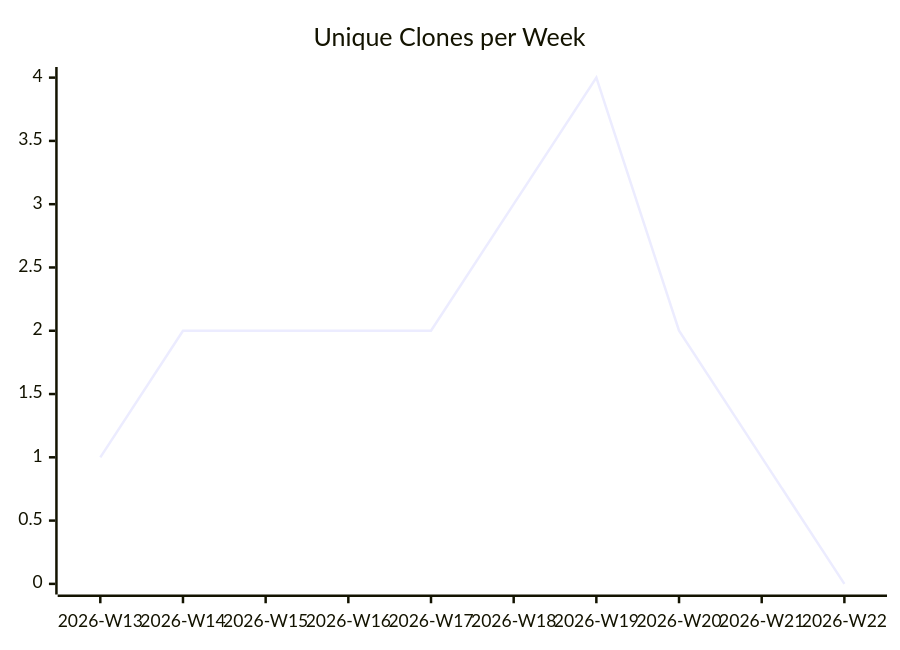
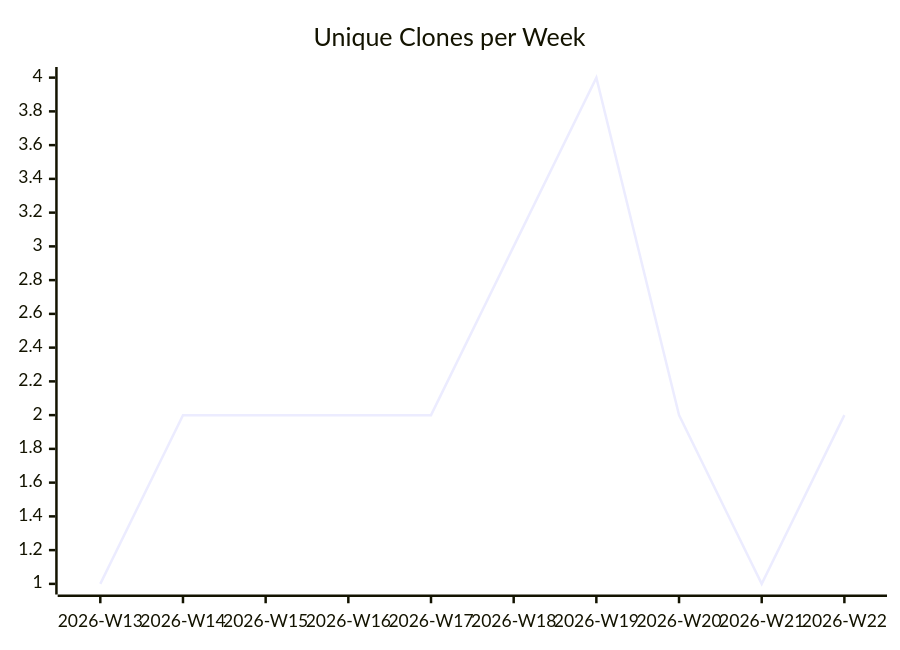
One commit to justdavis-family/github-analytics-data changed the third of 3 diagrams in karlmdavis/hello-rust-actix/README.md. Above: the diagram before and after it, drawn with Mermaid. The commit also changed other lines of this file and 190 other files, not shown here.

````diff
--- a/karlmdavis/hello-rust-actix/README.md
+++ b/karlmdavis/hello-rust-actix/README.md
@@ -19,6 +19,6 @@
 ```mermaid
 xychart-beta
   title "Unique Clones per Week"
   x-axis ["2026-W13", "2026-W14", "2026-W15", "2026-W16", "2026-W17", "2026-W18", "2026-W19", "2026-W20", "2026-W21", "2026-W22"]
-  line [1, 2, 2, 2, 2, 3, 4, 2, 1, 0]
+  line [1, 2, 2, 2, 2, 3, 4, 2, 1, 2]
 ```
````
